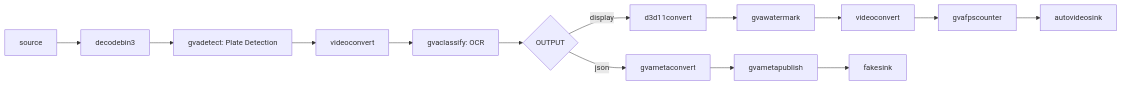
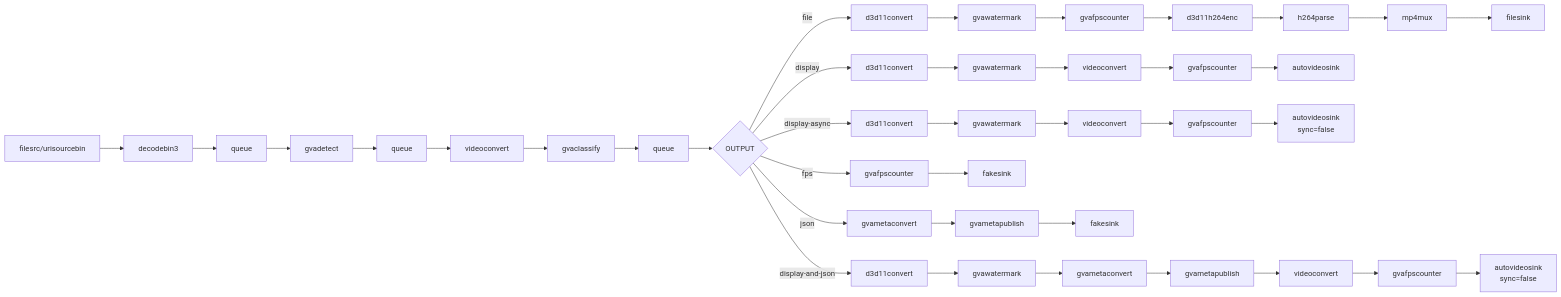
One commit to open-edge-platform/dlstreamer changed the diagram in samples/windows/gstreamer/gst_launch/license_plate_recognition/README.md. Above: the diagram before and after it, drawn with Mermaid. The commit also changed other lines of this file and 5 other files, not shown here.

````diff
--- a/samples/windows/gstreamer/gst_launch/license_plate_recognition/README.md
+++ b/samples/windows/gstreamer/gst_launch/license_plate_recognition/README.md
@@ -78,18 +85,46 @@
 ```mermaid
 graph LR
-    A[source] --> B[decodebin3]
-    B --> C[gvadetect: Plate Detection]
-    C --> D[videoconvert]
-    D --> E[gvaclassify: OCR]
-    E --> F{OUTPUT}
+    A[filesrc/urisourcebin] --> B[decodebin3]
+    B --> C[queue]
+    C --> D[gvadetect]
+    D --> E[queue]
+    E --> F[videoconvert]
+    F --> G[gvaclassify]
+    G --> H[queue]
+    H --> I{OUTPUT}
     
-    F -->|display| G[d3d11convert]
-    G --> H[gvawatermark]
-    H --> I[videoconvert]
-    I --> J[gvafpscounter]
-    J --> K[autovideosink]
+    I -->|file| J1[d3d11convert]
+    J1 --> J2[gvawatermark]
+    J2 --> J3[gvafpscounter]
+    J3 --> J4[d3d11h264enc]
+    J4 --> J5[h264parse]
+    J5 --> J6[mp4mux]
+    J6 --> J7[filesink]
     
-    F -->|json| L[gvametaconvert]
-    L --> M[gvametapublish]
-    M --> N[fakesink]
+    I -->|display| K1[d3d11convert]
+    K1 --> K2[gvawatermark]
+    K2 --> K3[videoconvert]
+    K3 --> K4[gvafpscounter]
+    K4 --> K5[autovideosink]
+    
+    I -->|display-async| L1[d3d11convert]
+    L1 --> L2[gvawatermark]
+    L2 --> L3[videoconvert]
+    L3 --> L4[gvafpscounter]
+    L4 --> L5[autovideosink<br/>sync=false]
+    
+    I -->|fps| M1[gvafpscounter]
+    M1 --> M2[fakesink]
+    
+    I -->|json| N1[gvametaconvert]
+    N1 --> N2[gvametapublish]
+    N2 --> N3[fakesink]
+    
+    I -->|display-and-json| O1[d3d11convert]
+    O1 --> O2[gvawatermark]
+    O2 --> O3[gvametaconvert]
+    O3 --> O4[gvametapublish]
+    O4 --> O5[videoconvert]
+    O5 --> O6[gvafpscounter]
+    O6 --> O7[autovideosink<br/>sync=false]
 ```
````
